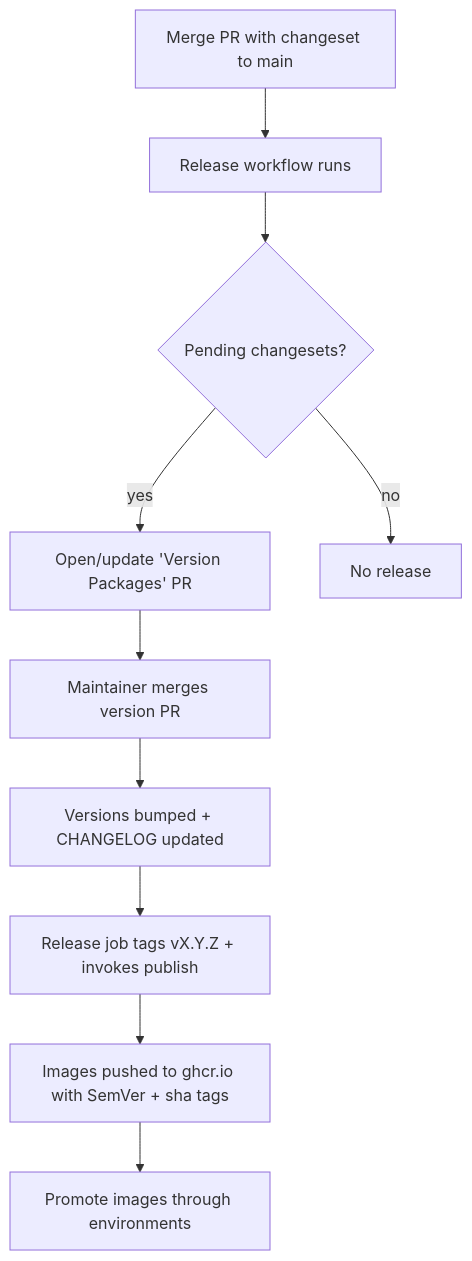
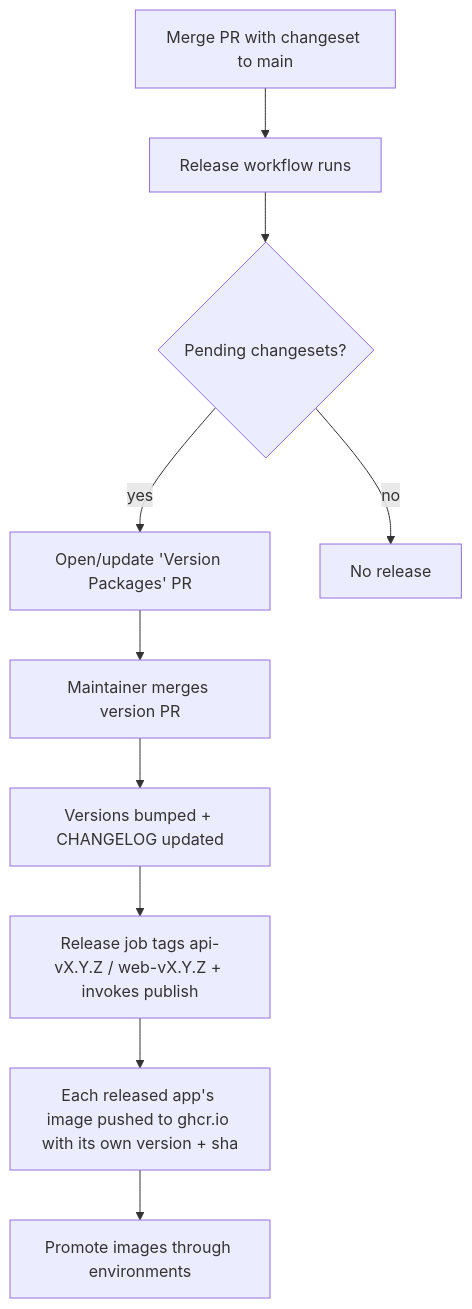
The first of 2 diagrams in docs/DEPLOYMENT.md (HuttonHomeHub/SchedulePoint_1), drawn with Mermaid before and after one commit. The commit also changed other lines of this file and 5 other files, not shown here.

````diff
--- a/docs/DEPLOYMENT.md
+++ b/docs/DEPLOYMENT.md
@@ -10,12 +10,12 @@
 ```mermaid
 flowchart TD
   A[Merge PR with changeset to main] --> B[Release workflow runs]
   B --> C{Pending changesets?}
   C -- yes --> D[Open/update 'Version Packages' PR]
   D --> E[Maintainer merges version PR]
   E --> F[Versions bumped + CHANGELOG updated]
-  F --> G[Release job tags vX.Y.Z + invokes publish]
-  G --> H[Images pushed to ghcr.io with SemVer + sha tags]
+  F --> G[Release job tags api-vX.Y.Z / web-vX.Y.Z + invokes publish]
+  G --> H[Each released app's image pushed to ghcr.io with its own version + sha]
   H --> I[Promote images through environments]
   C -- no --> J[No release]
 ```
````
